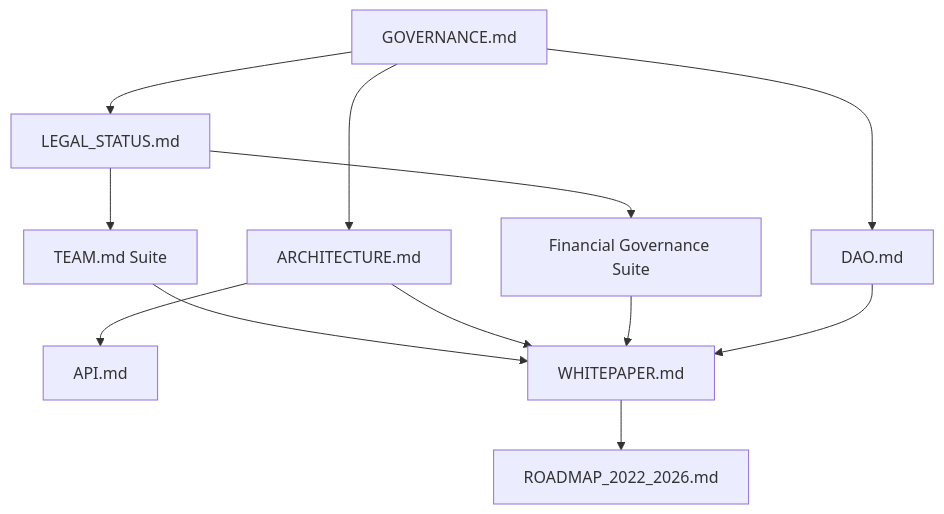
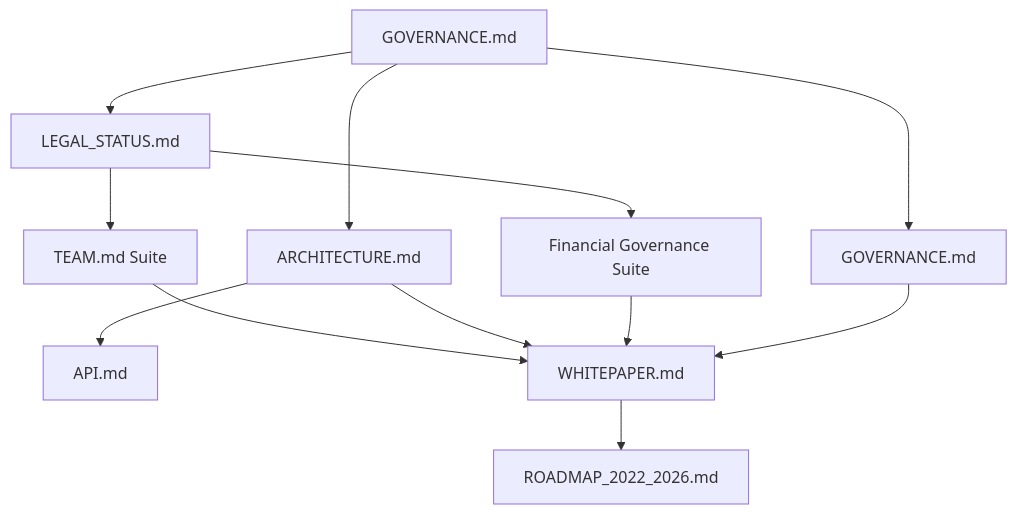
The second of 8 diagrams in ROADMAP_2022_2026.md (Celo-HaiTi/CeloHT), drawn with Mermaid before and after one commit. The commit also changed other lines of this file and 12 other files, not shown here.

````diff
--- a/ROADMAP_2022_2026.md
+++ b/ROADMAP_2022_2026.md
@@ -434,14 +434,14 @@
 ```mermaid
 graph TD
     G[GOVERNANCE.md] --> L[LEGAL_STATUS.md]
     L --> T[TEAM.md Suite]
     G --> A[ARCHITECTURE.md]
     A --> API[API.md]
-    G --> D[DAO.md]
+    G --> D[GOVERNANCE.md]
     L --> F[Financial Governance Suite]
     T --> W[WHITEPAPER.md]
     A --> W
     F --> W
     D --> W
     W --> R[ROADMAP_2022_2026.md]
 ```
````
